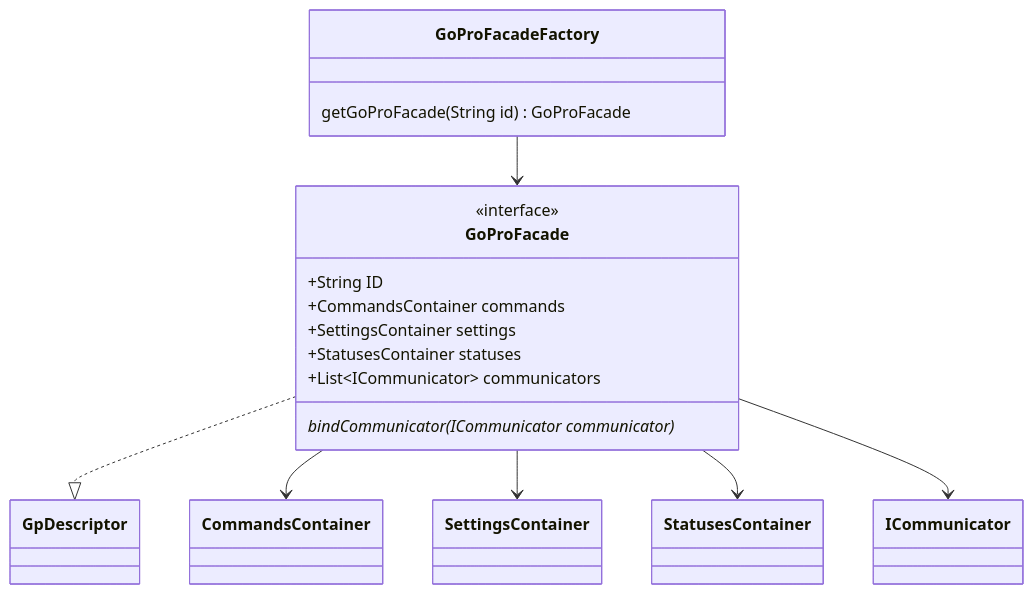
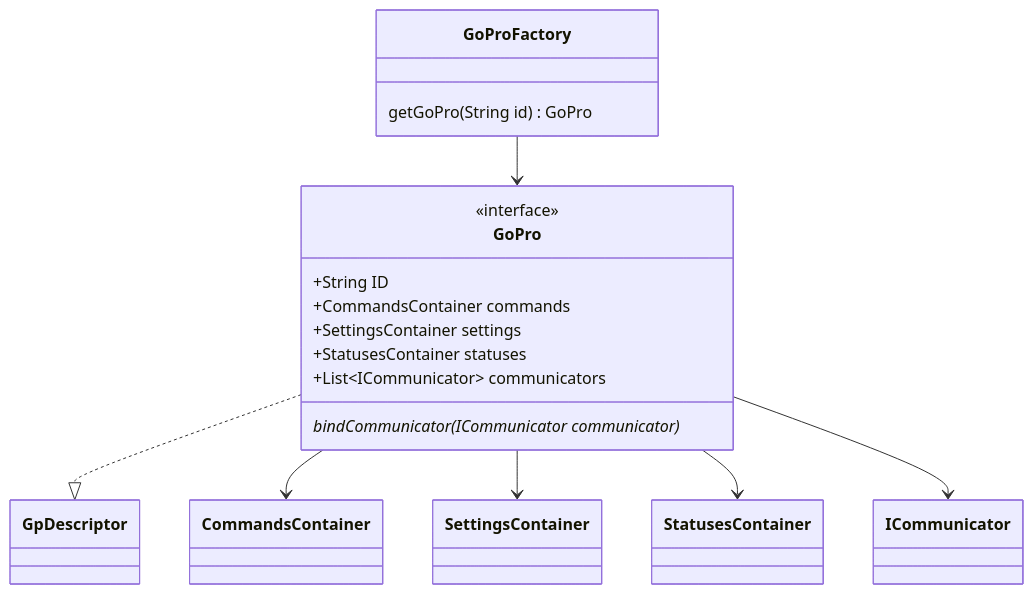
One commit to gopro/OpenGoPro changed the diagram in demos/kotlin/kmp_sdk/docs/architecture/gopro_facade.md. Above: the diagram before and after it, drawn with Mermaid. The commit also changed other lines of this file and 26 other files, not shown here.

````diff
--- a/demos/kotlin/kmp_sdk/docs/architecture/gopro_facade.md
+++ b/demos/kotlin/kmp_sdk/docs/architecture/gopro_facade.md
@@ -25,25 +25,25 @@
 ```mermaid
 classDiagram
     direction TB
 
-    class GoProFacadeFactory {
-        getGoProFacade(String id) GoProFacade
+    class GoProFactory {
+        getGoPro(String id) GoPro
     }
 
-    class GoProFacade {
+    class GoPro {
         <<interface>>
         +String ID
         +CommandsContainer commands
         +SettingsContainer settings
         +StatusesContainer statuses
         +List~ICommunicator~ communicators
         bindCommunicator(ICommunicator communicator)*
     }
 
-    GoProFacade ..|> GpDescriptor
-    GoProFacadeFactory --> GoProFacade
-    GoProFacade --> CommandsContainer
-    GoProFacade --> SettingsContainer
-    GoProFacade --> StatusesContainer
-    GoProFacade --> ICommunicator
+    GoPro ..|> GpDescriptor
+    GoProFactory --> GoPro
+    GoPro --> CommandsContainer
+    GoPro --> SettingsContainer
+    GoPro --> StatusesContainer
+    GoPro --> ICommunicator
 ```
````
